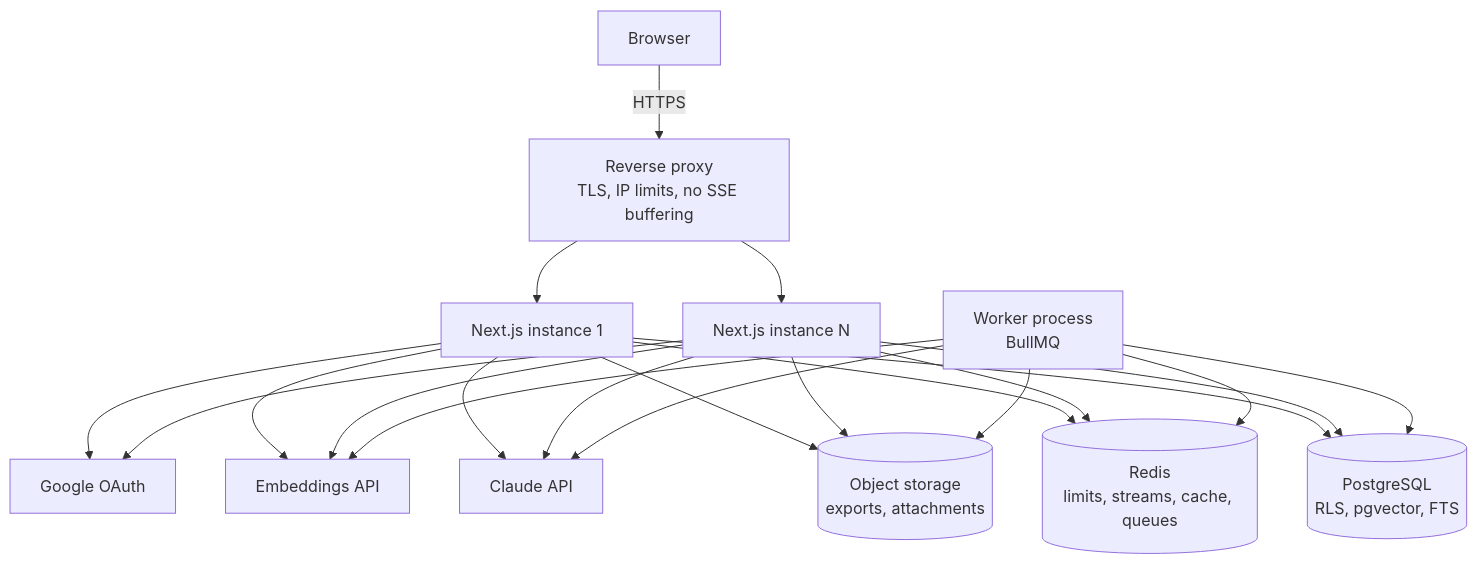
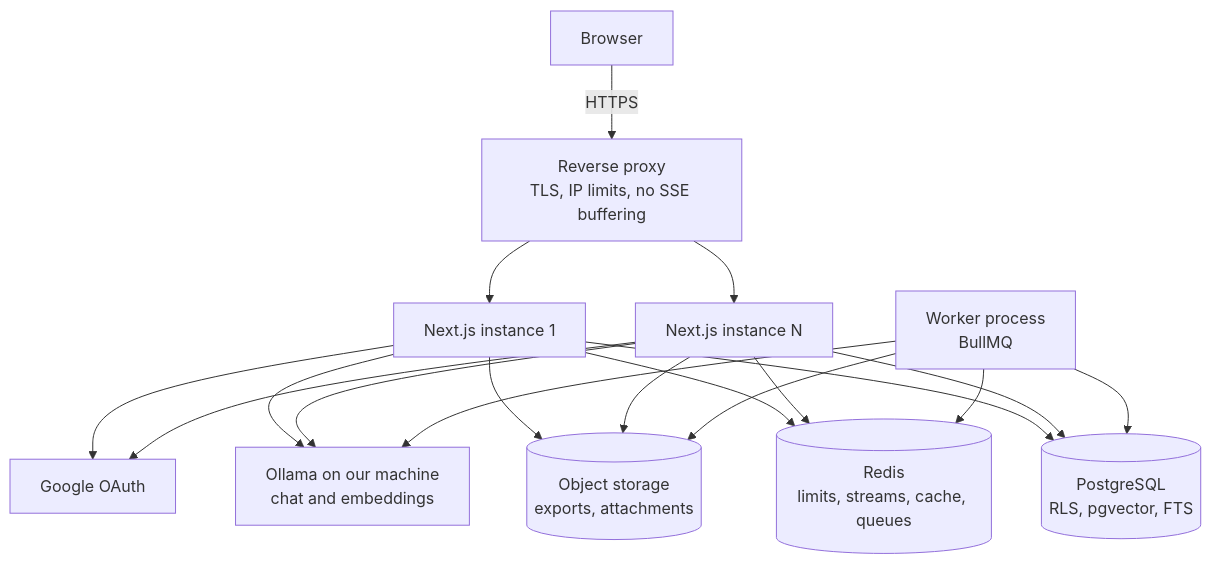
The first of 6 diagrams in Architectural.md (andreispDev/ai-powered-inventory-system), drawn with Mermaid before and after one commit. The commit also changed other lines of this file and 3 other files, not shown here.

````diff
--- a/Architectural.md
+++ b/Architectural.md
@@ -23,17 +23,15 @@
 ```mermaid
 flowchart TB
   B[Browser] -->|HTTPS| RP[Reverse proxy<br/>TLS, IP limits, no SSE buffering]
   RP --> W1[Next.js instance 1]
   RP --> W2[Next.js instance N]
   W1 & W2 --> PG[(PostgreSQL<br/>RLS, pgvector, FTS)]
   W1 & W2 --> R[(Redis<br/>limits, streams, cache, queues)]
   W1 & W2 --> S3[(Object storage<br/>exports, attachments)]
   WK[Worker process<br/>BullMQ] --> PG
   WK --> R
   WK --> S3
   W1 & W2 --> G[Google OAuth]
-  W1 & W2 --> C[Claude API]
-  WK --> C
-  W1 & W2 --> E[Embeddings API]
-  WK --> E
+  W1 & W2 --> O[Ollama on our machine<br/>chat and embeddings]
+  WK --> O
 ```
````
